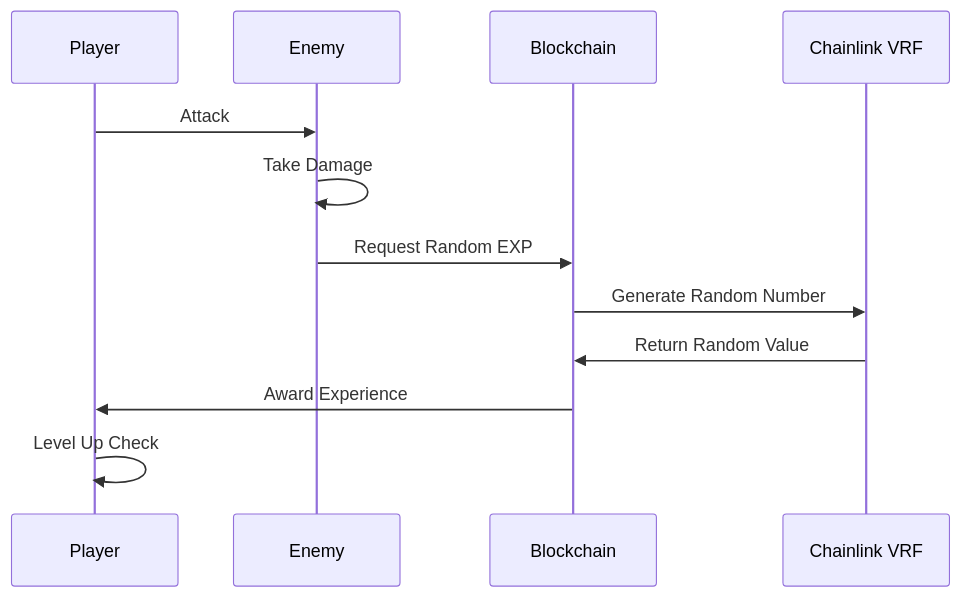
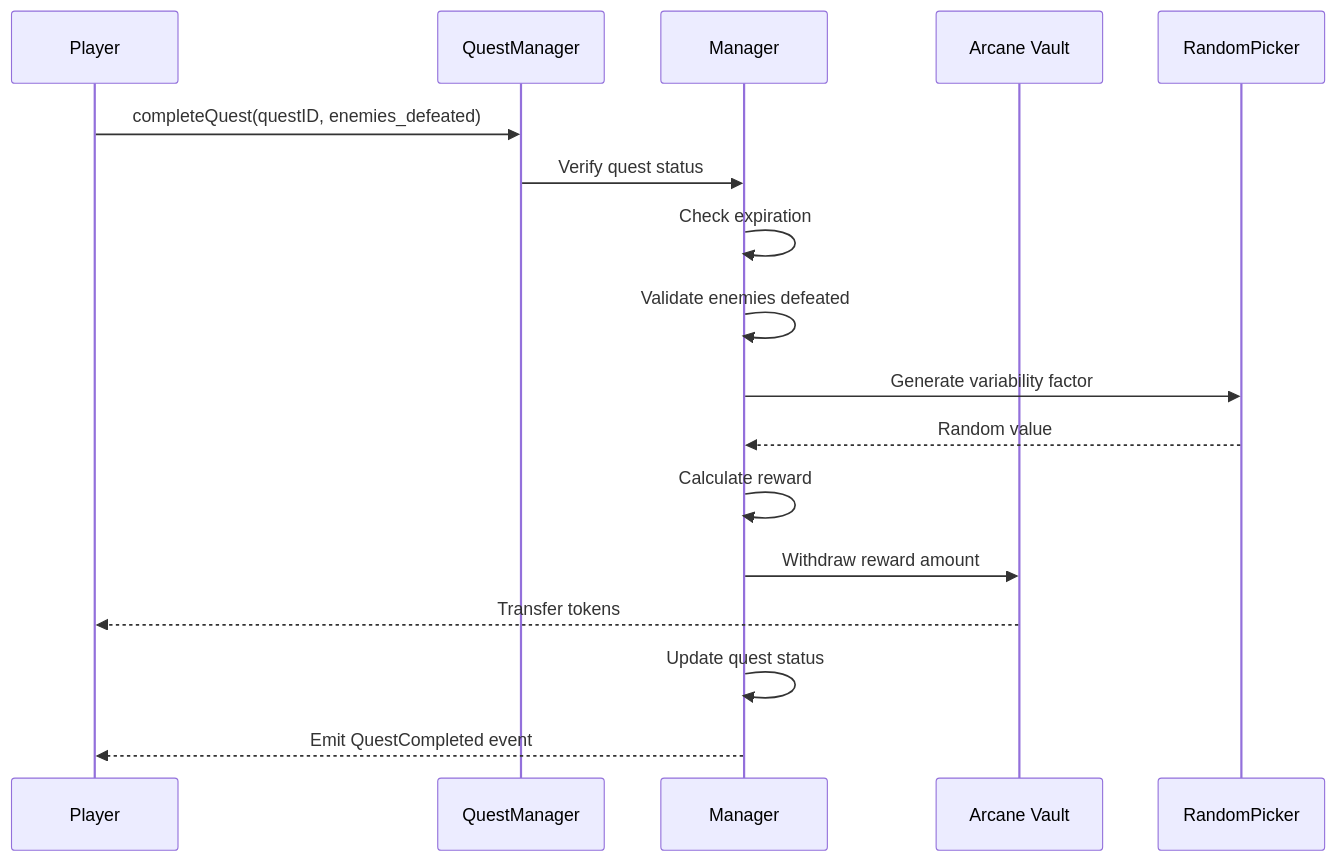
One commit to ArcaneStdio/Chains-Of-Eternity changed the eighth of 23 diagrams in README.md. Above: the diagram before and after it, drawn with Mermaid. The commit also changed other lines of this file, not shown here.

````diff
--- a/README.md
+++ b/README.md
@@ -166,15 +476,23 @@
 ```mermaid
 sequenceDiagram
     participant P as Player
-    participant E as Enemy
-    participant BC as Blockchain
-    participant VRF as Chainlink VRF
+    participant QM as QuestManager
+    participant M as Manager
+    participant ARC as Arcane Vault
+    participant RNG as RandomPicker
     
-    P->>E: Attack
-    E->>E: Take Damage
-    E->>BC: Request Random EXP
-    BC->>VRF: Generate Random Number
-    VRF->>BC: Return Random Value
-    BC->>P: Award Experience
-    P->>P: Level Up Check
+    P->>QM: completeQuest(questID, enemies_defeated)
+    QM->>M: Verify quest status
+    M->>M: Check expiration
+    M->>M: Validate enemies defeated
+    
+    M->>RNG: Generate variability factor
+    RNG-->>M: Random value
+    
+    M->>M: Calculate reward
+    M->>ARC: Withdraw reward amount
+    ARC-->>P: Transfer tokens
+    
+    M->>M: Update quest status
+    M-->>P: Emit QuestCompleted event
 ```
````
